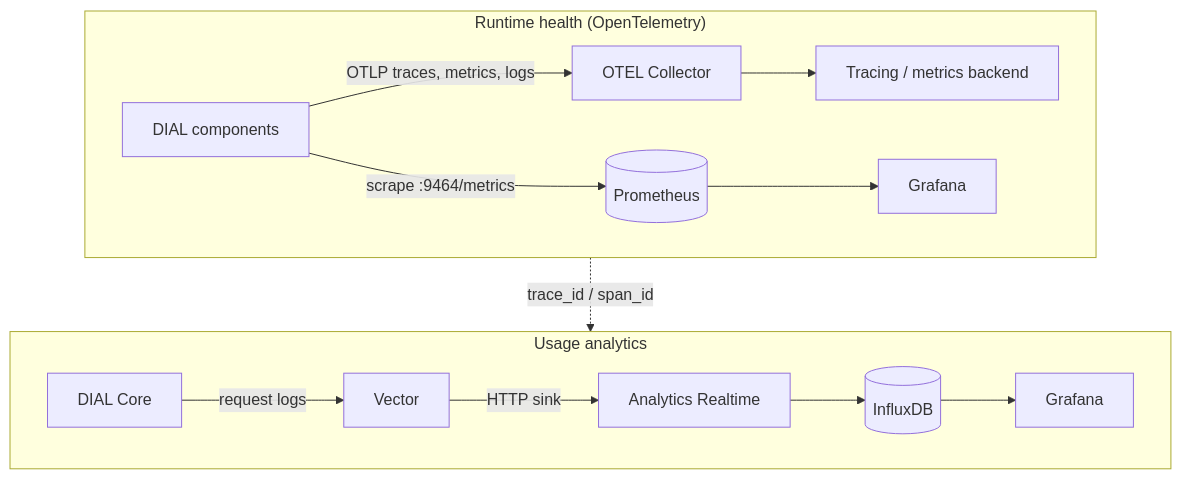
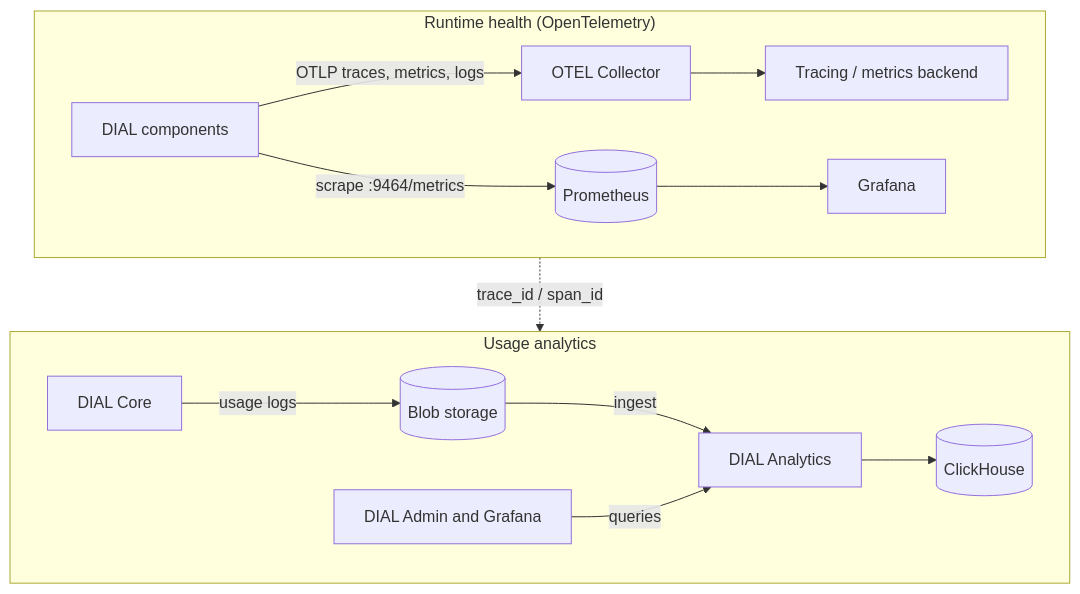
One commit to epam/ai-dial changed the diagram in docs_v2/4.operating-dial/6.observability/0.index.md. Above: the diagram before and after it, drawn with Mermaid. The commit also changed other lines of this file and 38 other files, not shown here.

First line of the commit message:
docs: add Analytics, Enrichment Runner, and Log Parser services; drop Analytics Realtime

````diff
--- a/docs_v2/4.operating-dial/6.observability/0.index.md
+++ b/docs_v2/4.operating-dial/6.observability/0.index.md
@@ -28,18 +28,18 @@
 ```mermaid
 flowchart TB
   subgraph Runtime["Runtime health (OpenTelemetry)"]
     direction LR
     Comp[DIAL components] -->|OTLP traces, metrics, logs| Collector[OTEL Collector]
     Comp -->|"scrape :9464/metrics"| Prom[(Prometheus)]
     Collector --> Backend[Tracing / metrics backend]
     Prom --> Graf1[Grafana]
   end
   subgraph Usage["Usage analytics"]
     direction LR
-    Core[DIAL Core] -->|request logs| Vector[Vector]
-    Vector -->|HTTP sink| AR[Analytics Realtime]
-    AR --> Influx[(InfluxDB)]
-    Influx --> Graf2[Grafana]
+    Core[DIAL Core] -->|usage logs| Blob[(Blob storage)]
+    Blob -->|ingest| ADAS[DIAL Analytics]
+    ADAS --> CH[(ClickHouse)]
+    Clients[DIAL Admin and Grafana] -->|queries| ADAS
   end
   Runtime -. "trace_id / span_id" .-> Usage
 ```
````
